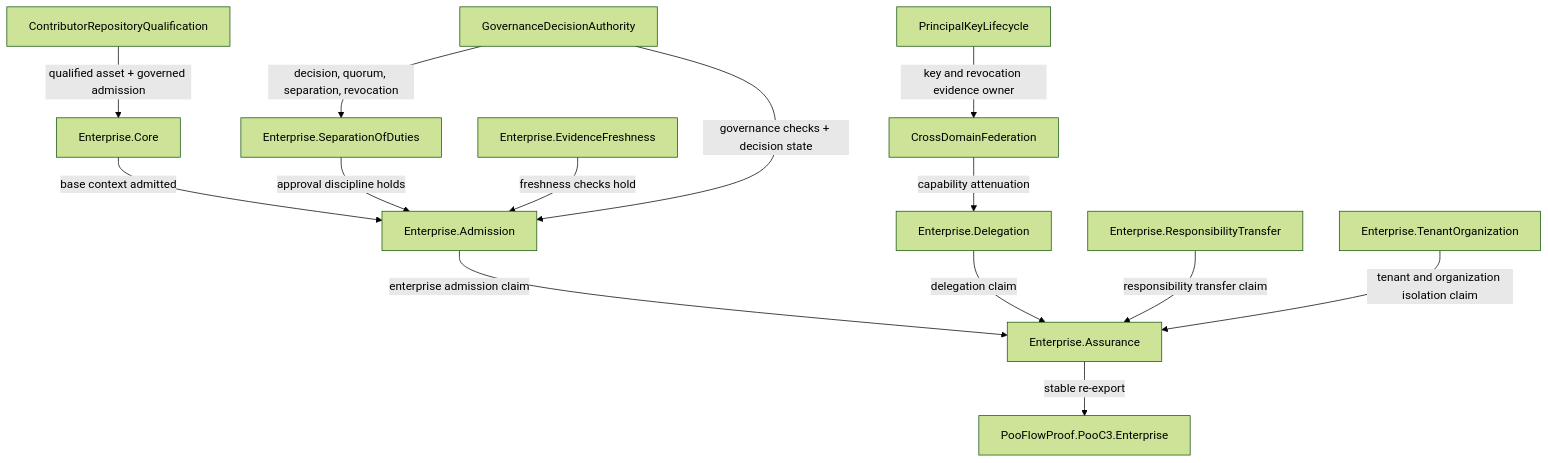
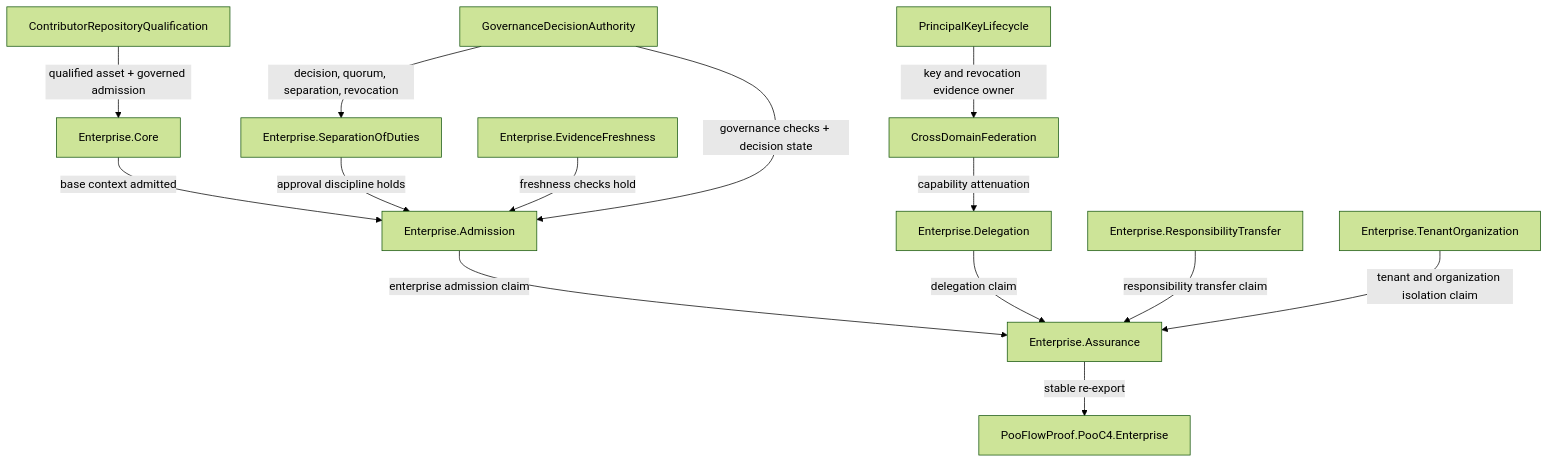
One commit to tao3k/poo-flow changed the diagram in docs/10-19-design/10.06-poo-module-system/45-129-enterprise-assurance-proof-module-family.org. Above: the diagram before and after it, drawn with Mermaid (forest theme). The commit also changed other lines of this file and 514 other files, not shown here.

```diff
--- a/docs/10-19-design/10.06-poo-module-system/45-129-enterprise-assurance-proof-module-family.org
+++ b/docs/10-19-design/10.06-poo-module-system/45-129-enterprise-assurance-proof-module-family.org
@@ -64,31 +64,31 @@
 #+begin_src mermaid
 flowchart TD
     CQ["ContributorRepositoryQualification"]
     GD["GovernanceDecisionAuthority"]
     KF["PrincipalKeyLifecycle"]
     FD["CrossDomainFederation"]
 
     EC["Enterprise.Core"]
     EF["Enterprise.EvidenceFreshness"]
     ES["Enterprise.SeparationOfDuties"]
     EA["Enterprise.Admission"]
     ED["Enterprise.Delegation"]
     ER["Enterprise.ResponsibilityTransfer"]
     ET["Enterprise.TenantOrganization"]
     EX["Enterprise.Assurance"]
-    API["PooFlowProof.PooC3.Enterprise"]
+    API["PooFlowProof.PooC4.Enterprise"]
 
     CQ -->|"qualified asset + governed admission"| EC
     GD -->|"decision, quorum, separation, revocation"| ES
     GD -->|"governance checks + decision state"| EA
     EC -->|"base context admitted"| EA
     EF -->|"freshness checks hold"| EA
     ES -->|"approval discipline holds"| EA
     KF -->|"key and revocation evidence owner"| FD
     FD -->|"capability attenuation"| ED
     EA -->|"enterprise admission claim"| EX
     ED -->|"delegation claim"| EX
     ER -->|"responsibility transfer claim"| EX
     ET -->|"tenant and organization isolation claim"| EX
     EX -->|"stable re-export"| API
 #+end_src
```
